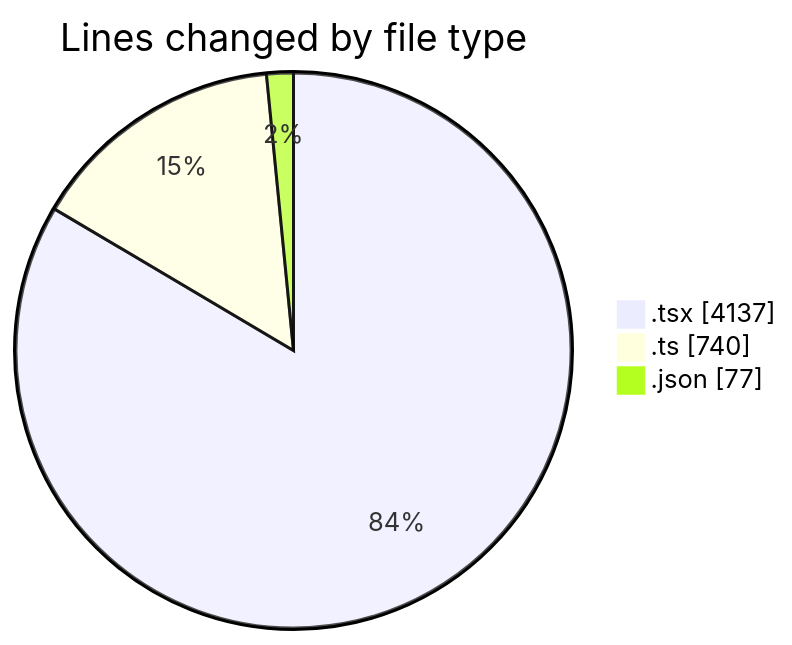
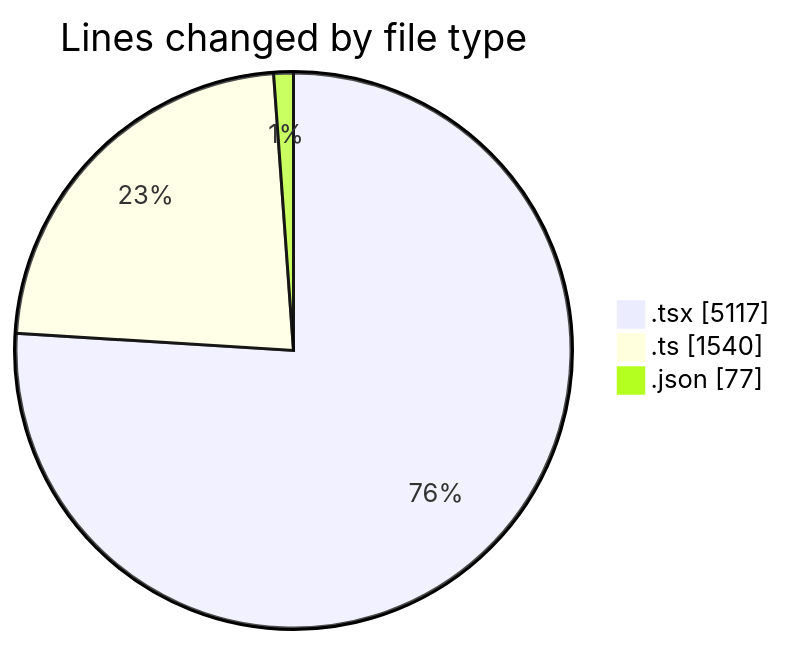
One commit to nxtqubesakshisongat/code-tracking changed the first of 2 diagrams in 2026-03-22/nxtqube_webapp/README.md. Above: the diagram before and after it, drawn with Mermaid. The commit also changed other lines of this file and 1 other file, not shown here.

````diff
--- a/2026-03-22/nxtqube_webapp/README.md
+++ b/2026-03-22/nxtqube_webapp/README.md
@@ -34,7 +39,7 @@
 ```mermaid
 pie showData
 title Lines changed by file type
-".tsx" : 4137
-".ts" : 740
+".tsx" : 5117
+".ts" : 1540
 ".json" : 77
 ```
````
